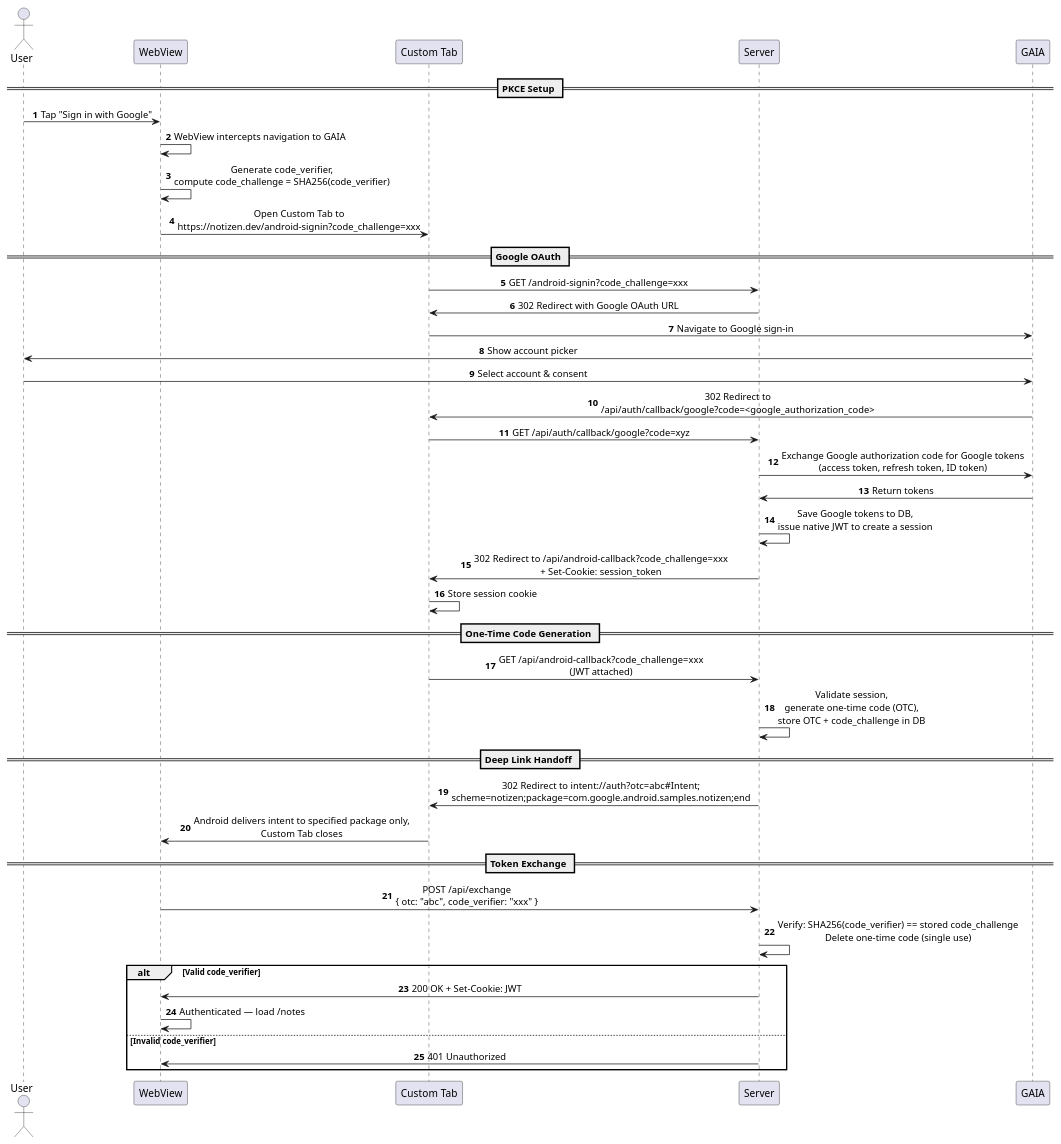
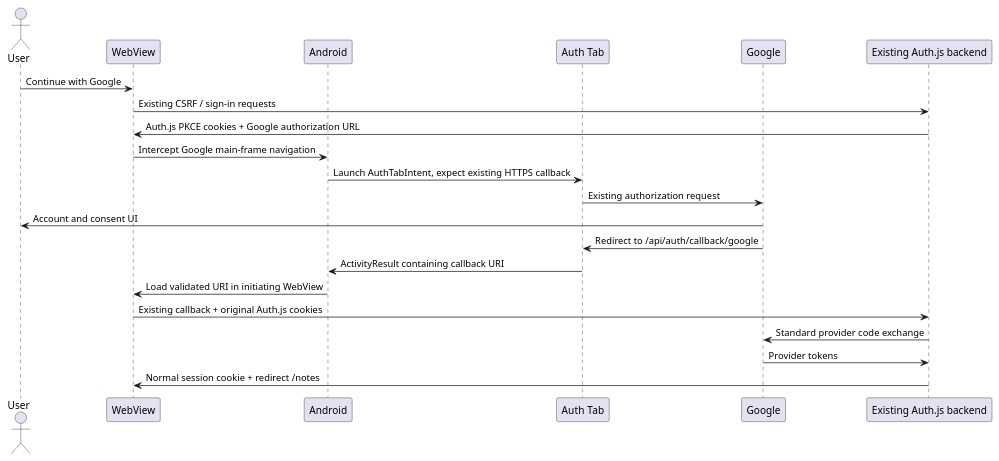
The diagram in docs/oauth-flow.puml (sashalukin/Notizen-website), drawn with PlantUML before and after one commit. The commit also changed 7 other files, not shown here.

Commit message:
Prove Auth Tab login using existing Auth.js routes without OTC endpoints

```diff
--- a/docs/oauth-flow.puml
+++ b/docs/oauth-flow.puml
@@ -1,58 +1,22 @@
-@startuml Notizen OAuth Flow with PKCE
-
-skinparam backgroundColor white
-skinparam sequenceMessageAlign center
-
-autonumber
-
+@startuml
 actor User
-participant "WebView" as WV
-participant "Custom Tab" as CT
-participant "Server" as S
-participant "GAIA" as GA
-
-== PKCE Setup ==
-
-User -> WV: Tap "Sign in with Google"
-WV -> WV: WebView intercepts navigation to GAIA
-WV -> WV: Generate code_verifier,\ncompute code_challenge = SHA256(code_verifier)
-WV -> CT: Open Custom Tab to\nhttps://notizen.dev/android-signin?code_challenge=xxx
-
-== Google OAuth ==
-
-CT -> S: GET /android-signin?code_challenge=xxx
-S -> CT: 302 Redirect with Google OAuth URL
-CT -> GA: Navigate to Google sign-in
-GA -> User: Show account picker
-User -> GA: Select account & consent
-GA -> CT: 302 Redirect to\n/api/auth/callback/google?code=<google_authorization_code>
-CT -> S: GET /api/auth/callback/google?code=xyz
-S -> GA: Exchange Google authorization code for Google tokens\n(access token, refresh token, ID token)
-GA -> S: Return tokens
-S -> S: Save Google tokens to DB,\nissue native JWT to create a session
-S -> CT: 302 Redirect to /api/android-callback?code_challenge=xxx\n+ Set-Cookie: session_token
-CT -> CT: Store session cookie
-
-== One-Time Code Generation ==
-
-CT -> S: GET /api/android-callback?code_challenge=xxx\n(JWT attached)
-S -> S: Validate session,\ngenerate one-time code (OTC),\nstore OTC + code_challenge in DB
-
-== Deep Link Handoff ==
-
-S -> CT: 302 Redirect to intent://auth?otc=abc#Intent;\nscheme=notizen;package=com.google.android.samples.notizen;end
-CT -> WV: Android delivers intent to specified package only,\nCustom Tab closes
-
-== Token Exchange ==
-
-WV -> S: POST /api/exchange\n{ otc: "abc", code_verifier: "xxx" }
-S -> S: Verify: SHA256(code_verifier) == stored code_challenge\nDelete one-time code (single use)
-
-alt Valid code_verifier
-  S -> WV: 200 OK + Set-Cookie: JWT
-  WV -> WV: Authenticated — load /notes
-else Invalid code_verifier
-  S -> WV: 401 Unauthorized
-end
-
+participant WebView
+participant Android
+participant "Auth Tab" as Browser
+participant Google
+participant "Existing Auth.js backend" as Backend
+User -> WebView: Continue with Google
+WebView -> Backend: Existing CSRF / sign-in requests
+Backend -> WebView: Auth.js PKCE cookies + Google authorization URL
+WebView -> Android: Intercept Google main-frame navigation
+Android -> Browser: Launch AuthTabIntent, expect existing HTTPS callback
+Browser -> Google: Existing authorization request
+Google -> User: Account and consent UI
+Google -> Browser: Redirect to /api/auth/callback/google
+Browser -> Android: ActivityResult containing callback URI
+Android -> WebView: Load validated URI in initiating WebView
+WebView -> Backend: Existing callback + original Auth.js cookies
+Backend -> Google: Standard provider code exchange
+Google -> Backend: Provider tokens
+Backend -> WebView: Normal session cookie + redirect /notes
 @enduml
```
